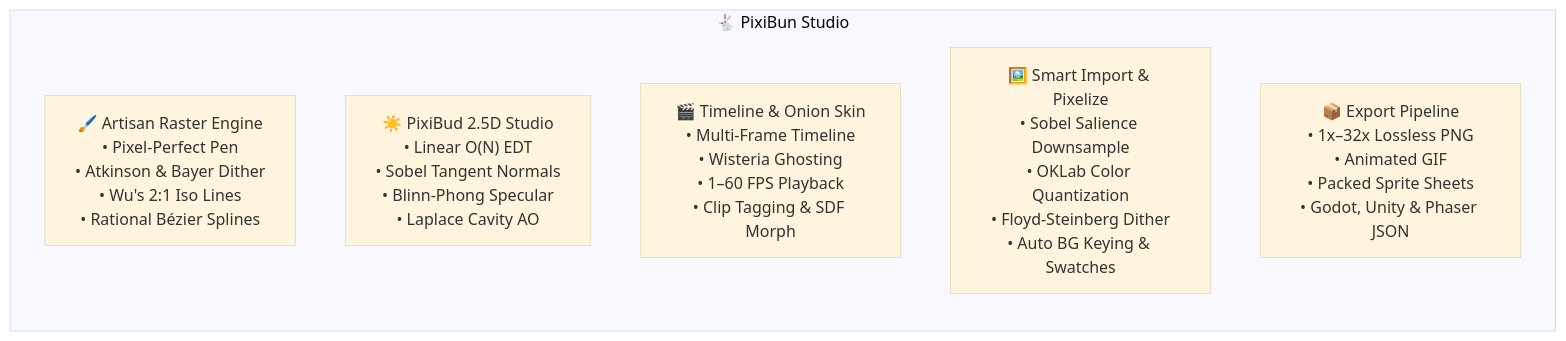
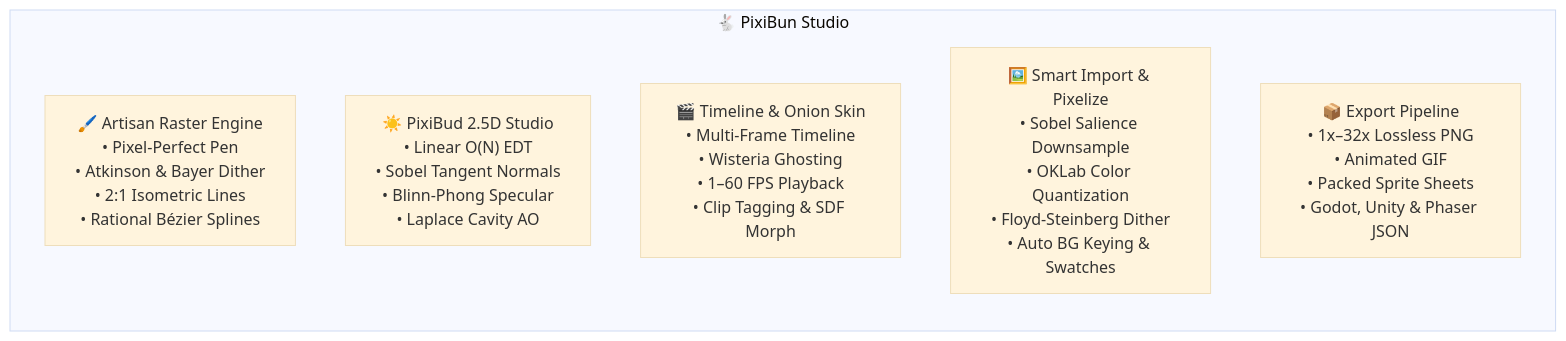
Before and after one commit to lxcario/PixiBun: the diagram in README.md, drawn with Mermaid (base theme). The commit also changed other lines of this file and 11 other files, not shown here.

````diff
--- a/README.md
+++ b/README.md
@@ -31,10 +31,10 @@
 ```mermaid
 graph LR
     subgraph Atelier ["🐇 PixiBun Studio"]
-        Raster["🖌️ Artisan Raster Engine<br/>• Pixel-Perfect Pen<br/>• Atkinson & Bayer Dither<br/>• Wu's 2:1 Iso Lines<br/>• Rational Bézier Splines"]
+        Raster["🖌️ Artisan Raster Engine<br/>• Pixel-Perfect Pen<br/>• Atkinson & Bayer Dither<br/>• 2:1 Isometric Lines<br/>• Rational Bézier Splines"]
         Math["☀️ PixiBud 2.5D Studio<br/>• Linear O(N) EDT<br/>• Sobel Tangent Normals<br/>• Blinn-Phong Specular<br/>• Laplace Cavity AO"]
         Anim["🎬 Timeline & Onion Skin<br/>• Multi-Frame Timeline<br/>• Wisteria Ghosting<br/>• 1–60 FPS Playback<br/>• Clip Tagging & SDF Morph"]
         Import["🖼️ Smart Import & Pixelize<br/>• Sobel Salience Downsample<br/>• OKLab Color Quantization<br/>• Floyd-Steinberg Dither<br/>• Auto BG Keying & Swatches"]
         Export["📦 Export Pipeline<br/>• 1x–32x Lossless PNG<br/>• Animated GIF<br/>• Packed Sprite Sheets<br/>• Godot, Unity & Phaser JSON"]
     end
 ```
````
